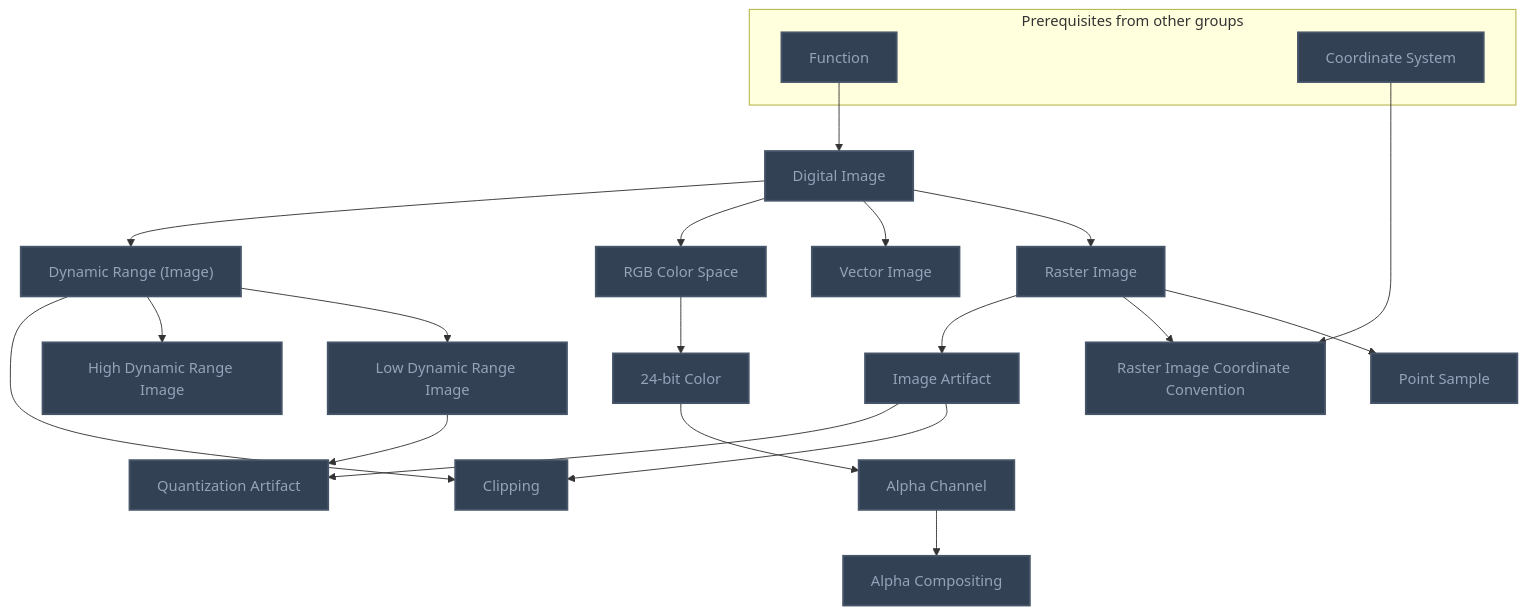
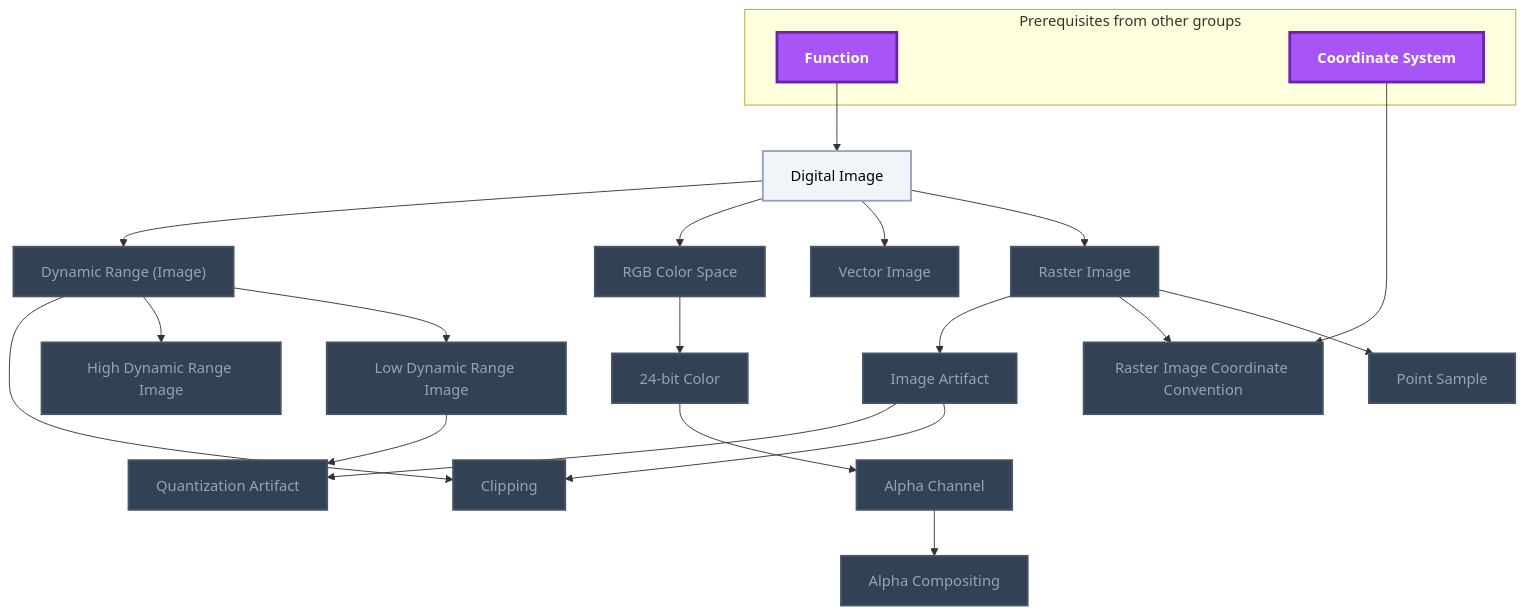
The second of 7 diagrams in Gamification/Skill Trees/Computer Graphics.md (MRauf1/My-Notes), drawn with Mermaid before and after one commit. The commit also changed other lines of this file and 156 other files, not shown here.

````diff
--- a/Gamification/Skill Trees/Computer Graphics.md
+++ b/Gamification/Skill Trees/Computer Graphics.md
@@ -60,51 +62,53 @@
 ```mermaid
 flowchart TD
     classDef planned fill:#1E293B,stroke:#64748B,stroke-width:2px,stroke-dasharray:5 5,color:#94A3B8;
     classDef locked fill:#334155,stroke:#475569,stroke-width:2px,color:#94A3B8;
     classDef L0 fill:#F1F5F9,stroke:#94A3B8,stroke-width:2px,color:#000000;
     classDef L1 fill:#22C55E,stroke:#15803D,stroke-width:2px,color:#000000;
     classDef L2 fill:#3B82F6,stroke:#1D4ED8,stroke-width:3px,color:#FFFFFF;
     classDef L3 fill:#A855F7,stroke:#6B21A8,stroke-width:3px,color:#FFFFFF,font-weight:bold;
     classDef L4 fill:#F97316,stroke:#C2410C,stroke-width:4px,color:#000000,font-weight:bold;
     classDef L5 fill:#FFD700,stroke:#FF8C00,stroke-width:5px,color:#000000,font-weight:bold;
     classDef rusty stroke:#8B4513,stroke-width:4px,stroke-dasharray:3 3;
     subgraph sg_prereqs["Prerequisites from other groups"]
         n_function["Function"]
         n_coordinate_system["Coordinate System"]
     end
     n_digital_image["Digital Image"]
     n_raster_image["Raster Image"]
     n_vector_image["Vector Image"]
     n_point_sample["Point Sample"]
     n_raster_image_coordinate_convention["Raster Image Coordinate Convention"]
     n_rgb_color_space["RGB Color Space"]
     n_24_bit_color["24-bit Color"]
     n_alpha_channel["Alpha Channel"]
     n_alpha_compositing["Alpha Compositing"]
     n_dynamic_range_image["Dynamic Range (Image)"]
     n_low_dynamic_range_image["Low Dynamic Range Image"]
     n_high_dynamic_range_image["High Dynamic Range Image"]
     n_image_artifact["Image Artifact"]
     n_clipping["Clipping"]
     n_quantization_artifact["Quantization Artifact"]
     n_function --> n_digital_image
     n_digital_image --> n_raster_image
     n_digital_image --> n_vector_image
     n_raster_image --> n_point_sample
     n_coordinate_system --> n_raster_image_coordinate_convention
     n_raster_image --> n_raster_image_coordinate_convention
     n_digital_image --> n_rgb_color_space
     n_rgb_color_space --> n_24_bit_color
     n_24_bit_color --> n_alpha_channel
     n_alpha_channel --> n_alpha_compositing
     n_digital_image --> n_dynamic_range_image
     n_dynamic_range_image --> n_low_dynamic_range_image
     n_dynamic_range_image --> n_high_dynamic_range_image
     n_raster_image --> n_image_artifact
     n_dynamic_range_image --> n_clipping
     n_image_artifact --> n_clipping
     n_low_dynamic_range_image --> n_quantization_artifact
     n_image_artifact --> n_quantization_artifact
-    class n_function,n_coordinate_system,n_digital_image,n_raster_image,n_vector_image,n_point_sample,n_raster_image_coordinate_convention,n_rgb_color_space,n_24_bit_color,n_alpha_channel,n_alpha_compositing,n_dynamic_range_image,n_low_dynamic_range_image,n_high_dynamic_range_image,n_image_artifact,n_clipping,n_quantization_artifact locked;
+    class n_raster_image,n_vector_image,n_point_sample,n_raster_image_coordinate_convention,n_rgb_color_space,n_24_bit_color,n_alpha_channel,n_alpha_compositing,n_dynamic_range_image,n_low_dynamic_range_image,n_high_dynamic_range_image,n_image_artifact,n_clipping,n_quantization_artifact locked;
+    class n_digital_image L0;
+    class n_function,n_coordinate_system L3;
     class n_function,n_coordinate_system,n_digital_image,n_raster_image,n_vector_image,n_point_sample,n_raster_image_coordinate_convention,n_rgb_color_space,n_24_bit_color,n_alpha_channel,n_alpha_compositing,n_dynamic_range_image,n_low_dynamic_range_image,n_high_dynamic_range_image,n_image_artifact,n_clipping,n_quantization_artifact internal-link;
 ```
````
